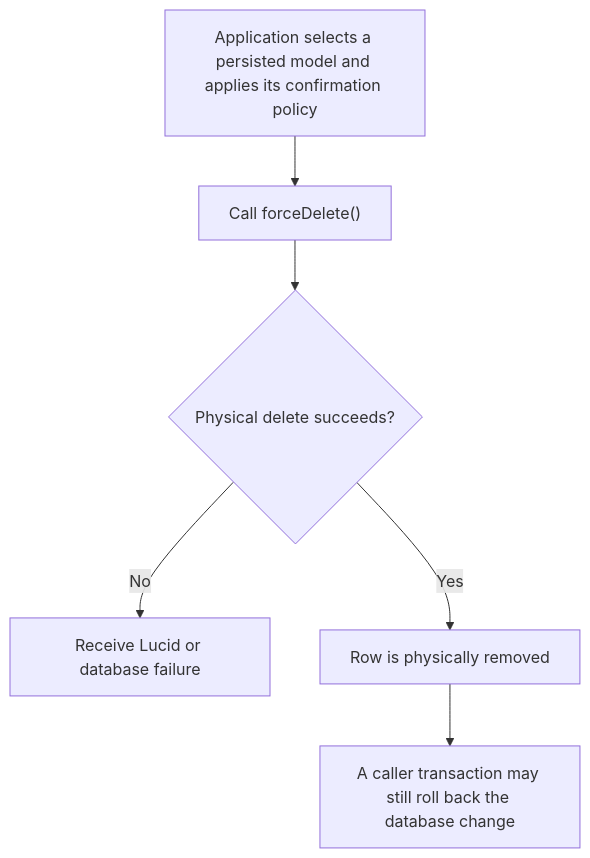
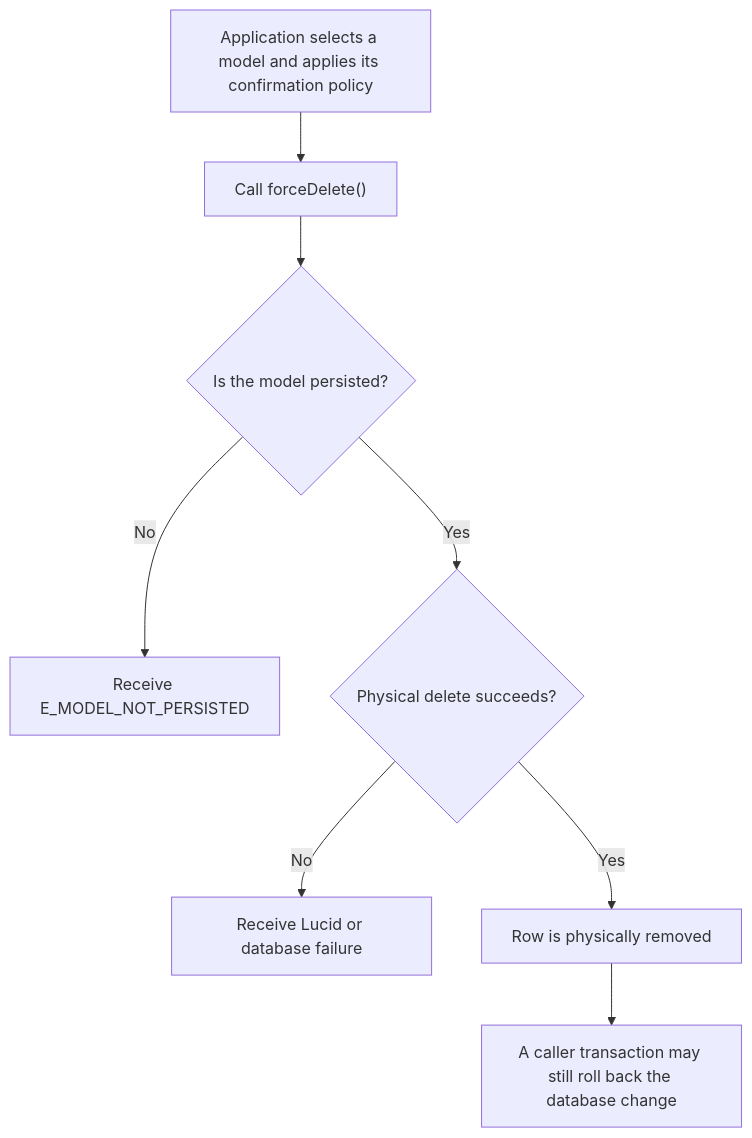
Before and after one commit to Kevinjohn/oss-adonisjs-lucid-soft-delete: the first of 2 diagrams in user-stories/purge-instance/us-app-04-purge-instance.md, drawn with Mermaid. The commit also changed other lines of this file and 15 other files, not shown here.

````diff
--- a/user-stories/purge-instance/us-app-04-purge-instance.md
+++ b/user-stories/purge-instance/us-app-04-purge-instance.md
@@ -21,8 +22,10 @@
 ```mermaid
 flowchart TD
-    A["Application selects a persisted model and applies its confirmation policy"] --> B["Call forceDelete()"]
-    B --> C{"Physical delete succeeds?"}
+    A["Application selects a model and applies its confirmation policy"] --> B["Call forceDelete()"]
+    B --> P{"Is the model persisted?"}
+    P -->|No| Q["Receive E_MODEL_NOT_PERSISTED"]
+    P -->|Yes| C{"Physical delete succeeds?"}
     C -->|No| D["Receive Lucid or database failure"]
     C -->|Yes| E["Row is physically removed"]
     E --> F["A caller transaction may still roll back the database change"]
 ```
````
